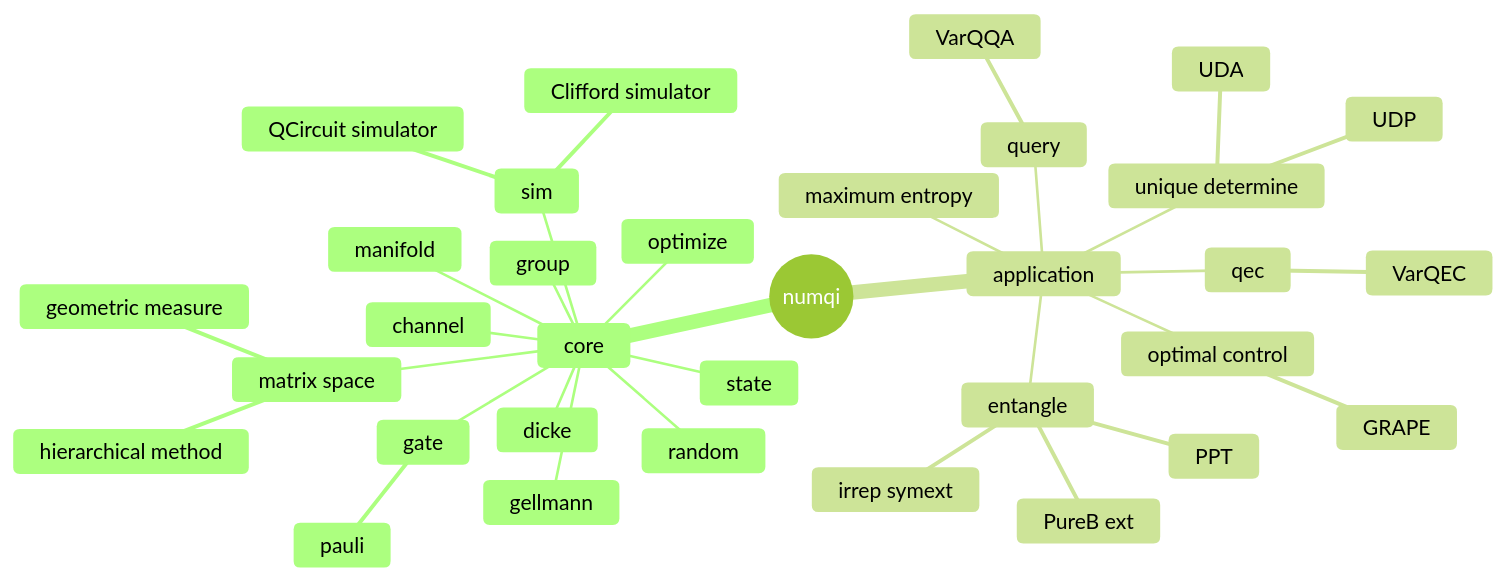
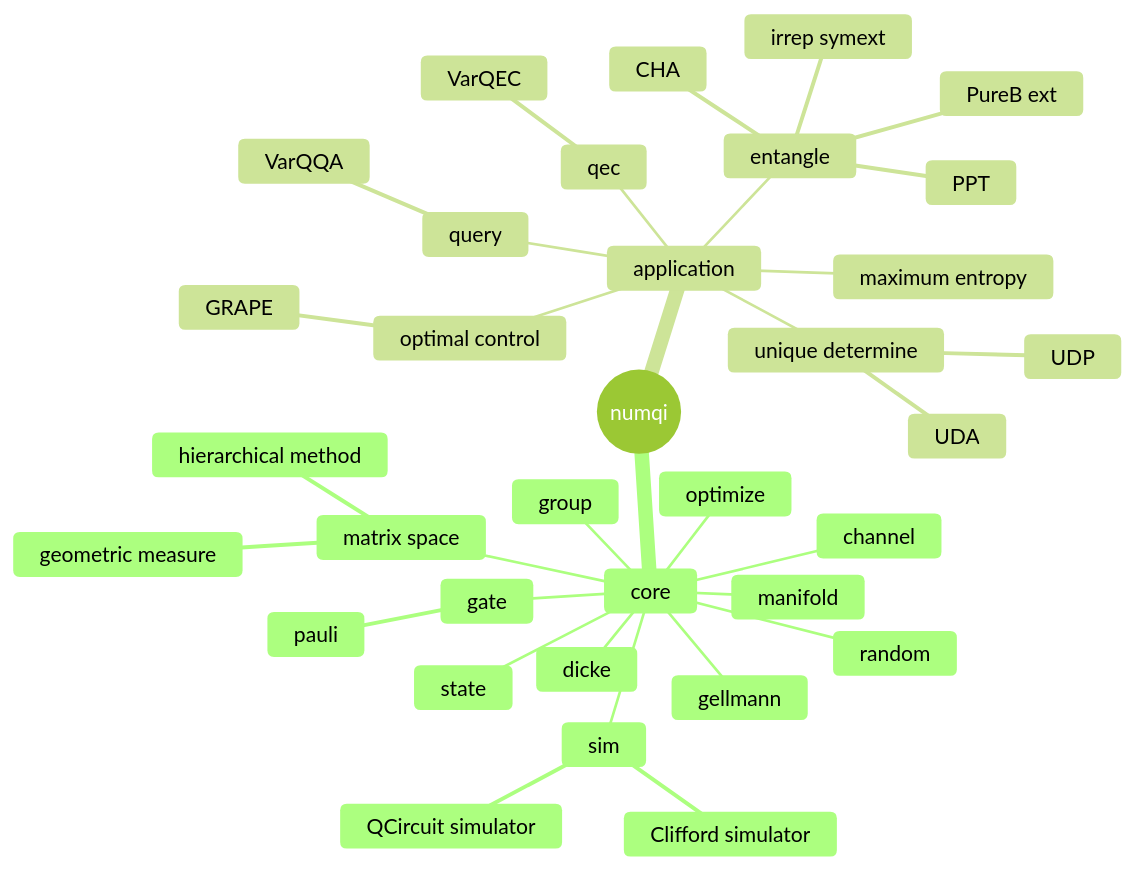
Before and after one commit to numqi/numqi: the first of 2 diagrams in README.md, drawn with Mermaid (forest theme).

````diff
--- a/README.md
+++ b/README.md
@@ -11,36 +11,37 @@
 ```mermaid
 mindmap
    root((numqi))
       core
          manifold
          random
          optimize
          state
          gate
             pauli
          sim
             QCircuit simulator
             Clifford simulator
          dicke
          gellmann
          channel
          matrix space
             geometric measure
             hierarchical method
          group
       application
          entangle
             PureB ext
             irrep symext
             PPT
+            CHA
          qec
             VarQEC
          maximum entropy
          unique determine
             UDA
             UDP
          query
             VarQQA
          optimal control
             GRAPE
 ```
````
